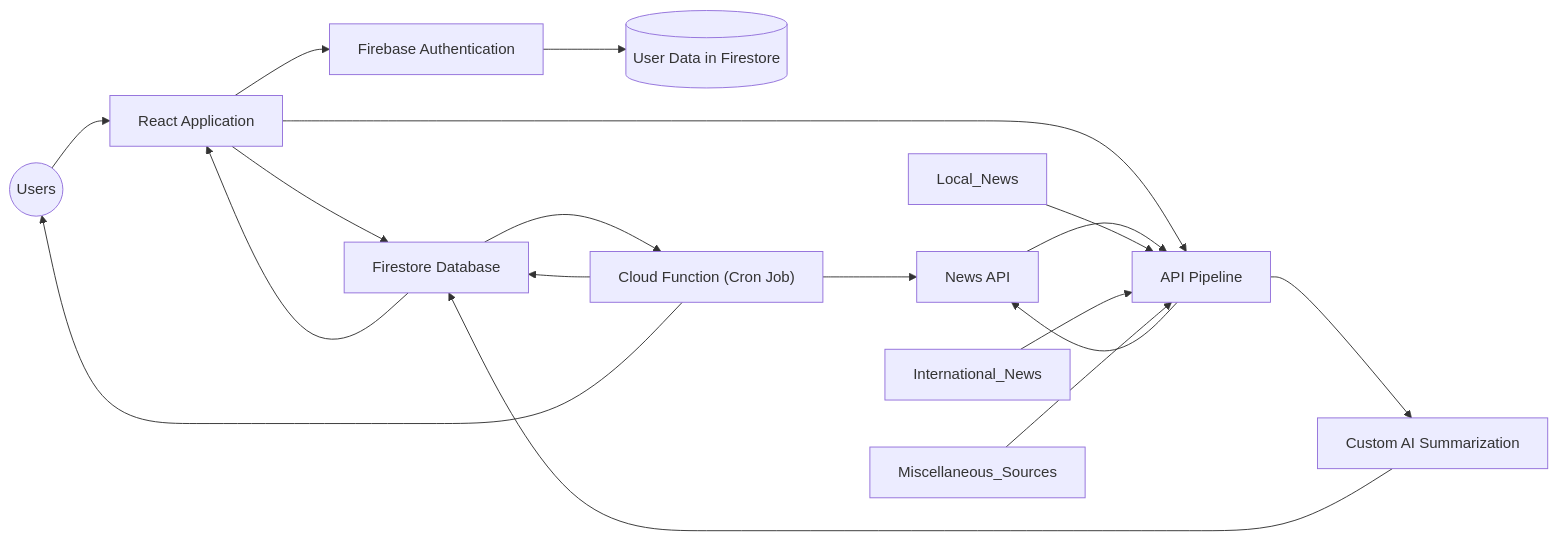
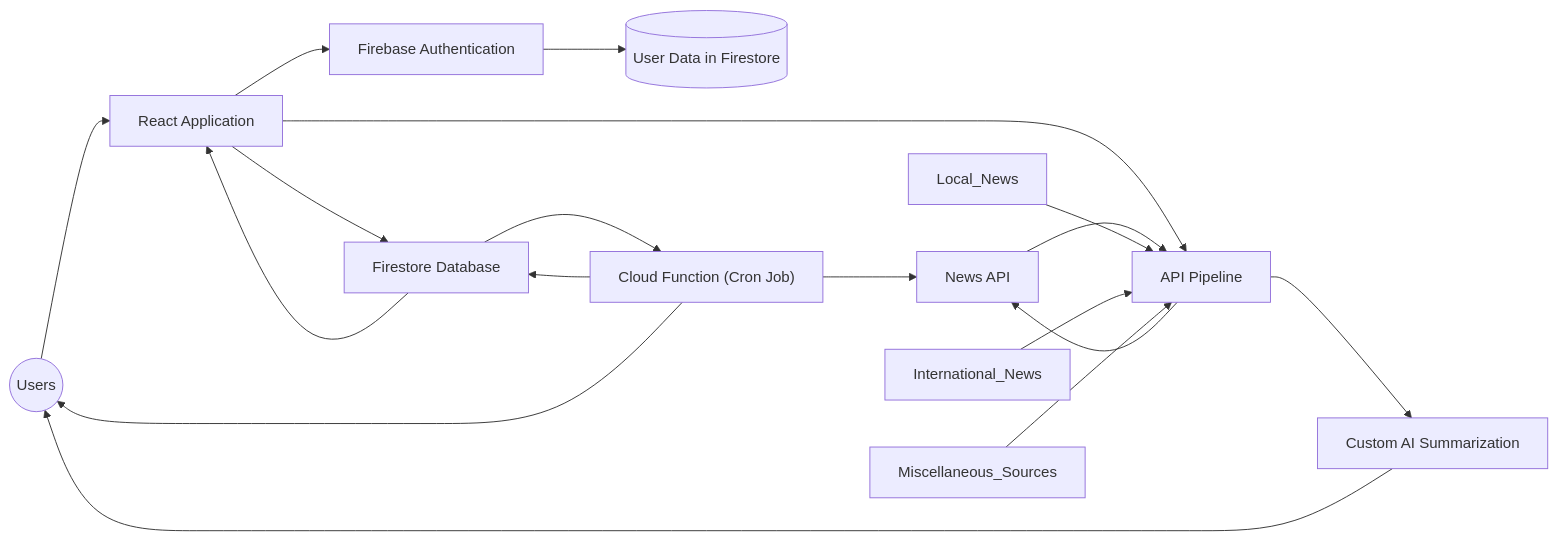
One commit to Sherma-ThangamS/KYN_Hackathon changed the first of 2 diagrams in README.md. Above: the diagram before and after it, drawn with Mermaid.

````diff
--- a/README.md
+++ b/README.md
@@ -88,20 +88,20 @@
 ```mermaid
     graph LR
     Users((Users)) --> Application[React Application]
     Application --> Firebase_Auth[Firebase Authentication]
     Application --> Firestore[Firestore Database]
     Application --> API_Pipeline[API Pipeline]
     API_Pipeline --> News_API[News API]
     API_Pipeline --> Custom_AI_Summarization[Custom AI Summarization]
     Firebase_Auth --> User_Data[(User Data in Firestore)]
     Firestore --> Application
     News_API --> API_Pipeline
     Local_News --> API_Pipeline
     International_News --> API_Pipeline
     Miscellaneous_Sources --> API_Pipeline
-    Custom_AI_Summarization --> Firestore
+    Custom_AI_Summarization --> Users((Users))
     Cron_Job["Cloud Function (Cron Job)"] --> Firestore
     Cron_Job --> News_API
     Firestore --> Cron_Job
     Cron_Job --> Users((Users))
 ```
````
